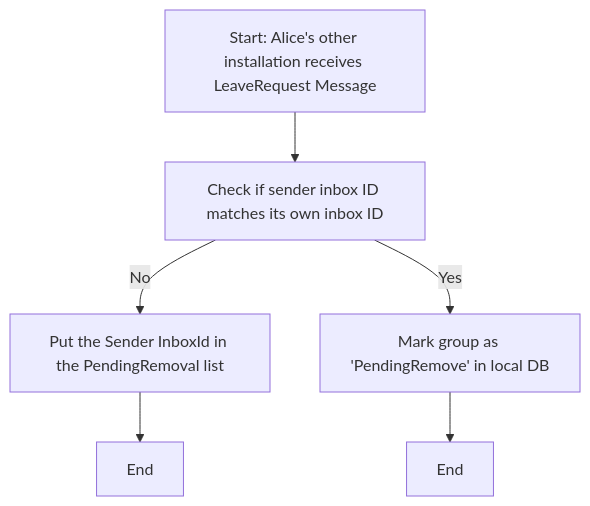
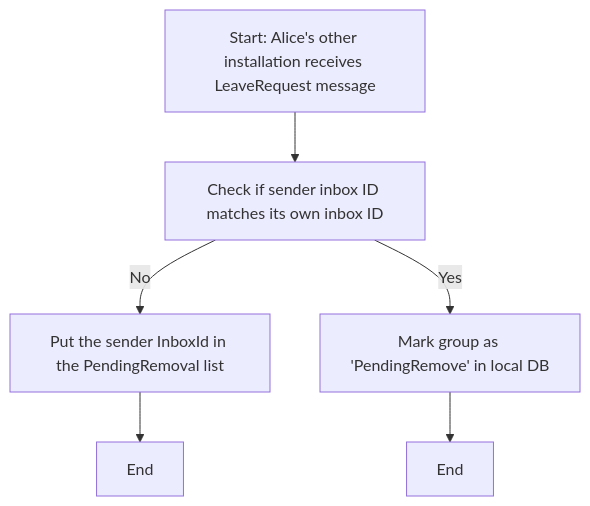
Before and after one commit to xmtp/XIPs: the sixth of 6 diagrams in xip-XX-self-removal.md, drawn with Mermaid. The commit also changed other lines of this file, not shown here.

````diff
--- a/xip-XX-self-removal.md
+++ b/xip-XX-self-removal.md
@@ -148,10 +148,10 @@
 ```mermaid
 flowchart TD
-    A[Start: Alice's other installation receives LeaveRequest Message] --> B[Check if sender inbox ID matches its own inbox ID]
+    A[Start: Alice's other installation receives LeaveRequest message] --> B[Check if sender inbox ID matches its own inbox ID]
     
-    B -->|No| C[Put the Sender InboxId in the PendingRemoval list]
+    B -->|No| C[Put the sender InboxId in the PendingRemoval list]
     C --> D[End]
 
     B -->|Yes| F[Mark group as 'PendingRemove' in local DB]
     F --> G[End]
 ```
````
